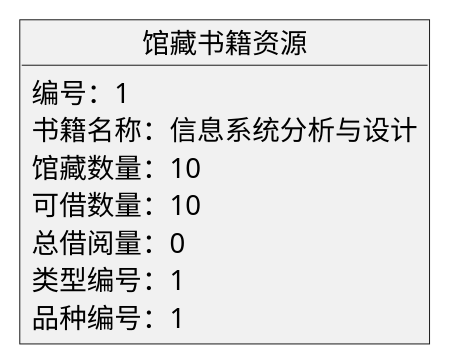
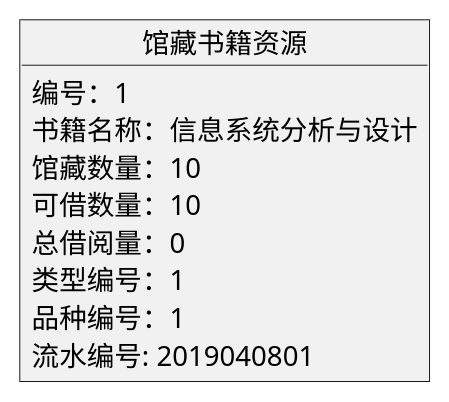
One commit to 915936476/is_analysis-3 changed the diagram in test3/馆藏书籍资源.puml. Above: the diagram before and after it, drawn with PlantUML. The commit also changed 4 other files, not shown here.

```diff
--- a/test3/馆藏书籍资源.puml
+++ b/test3/馆藏书籍资源.puml
@@ -1,13 +1,14 @@
 @startuml
 
 object 馆藏书籍资源{
 编号：1
 书籍名称：信息系统分析与设计
 馆藏数量：10
 可借数量：10
 总借阅量：0
 类型编号：1
 品种编号：1
+流水编号: 2019040801
 }
 
 @enduml
```
